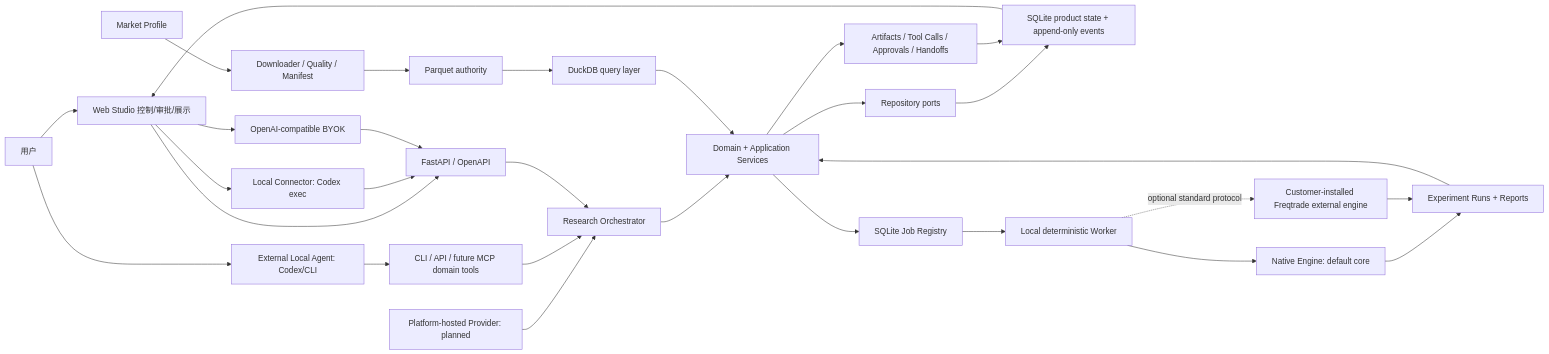
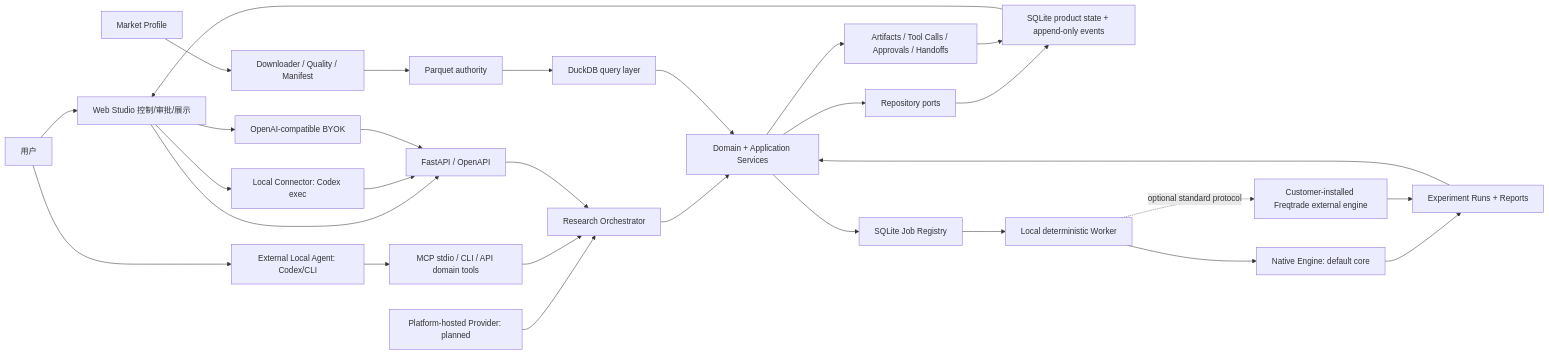
Before and after one commit to goodperson888/quant-research-lab: the first of 3 diagrams in docs/16-产品化目标架构-v1.md, drawn with Mermaid. The commit also changed other lines of this file and 25 other files, not shown here.

````diff
--- a/docs/16-产品化目标架构-v1.md
+++ b/docs/16-产品化目标架构-v1.md
@@ -11,31 +11,31 @@
 ```mermaid
 flowchart LR
     U["用户"] --> WEB["Web Studio 控制/审批/展示"]
     U --> EA["External Local Agent: Codex/CLI"]
     WEB --> API["FastAPI / OpenAPI"]
     WEB --> LC["Local Connector: Codex exec"]
     WEB --> BYOK["OpenAI-compatible BYOK"]
-    EA --> TOOLS["CLI / API / future MCP domain tools"]
+    EA --> TOOLS["MCP stdio / CLI / API domain tools"]
     LC --> API
     BYOK --> API
     EP["Platform-hosted Provider: planned"] --> ORCH["Research Orchestrator"]
     TOOLS --> ORCH
     API --> ORCH
     ORCH --> DOMAIN["Domain + Application Services"]
     DOMAIN --> REPO["Repository ports"]
     REPO --> APPDB["SQLite product state + append-only events"]
     DOMAIN --> JOBS["SQLite Job Registry"]
     JOBS --> WORKER["Local deterministic Worker"]
     WORKER --> NATIVE["Native Engine: default core"]
     WORKER -. optional standard protocol .-> FT["Customer-installed Freqtrade external engine"]
     NATIVE --> RUNS["Experiment Runs + Reports"]
     FT --> RUNS
     MP["Market Profile"] --> DATA["Downloader / Quality / Manifest"]
     DATA --> PARQUET["Parquet authority"]
     PARQUET --> DUCK["DuckDB query layer"]
     DUCK --> DOMAIN
     RUNS --> DOMAIN
     DOMAIN --> AUDIT["Artifacts / Tool Calls / Approvals / Handoffs"]
     AUDIT --> APPDB
     APPDB --> WEB
 ```
````
